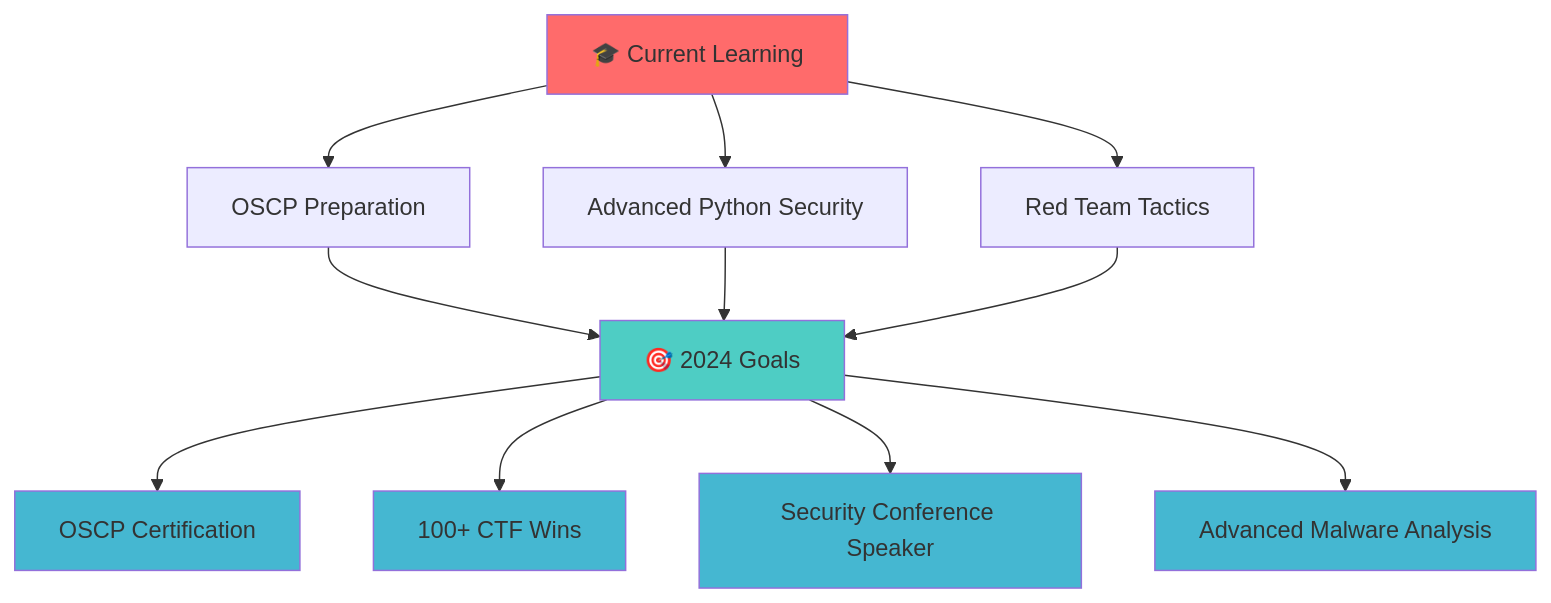
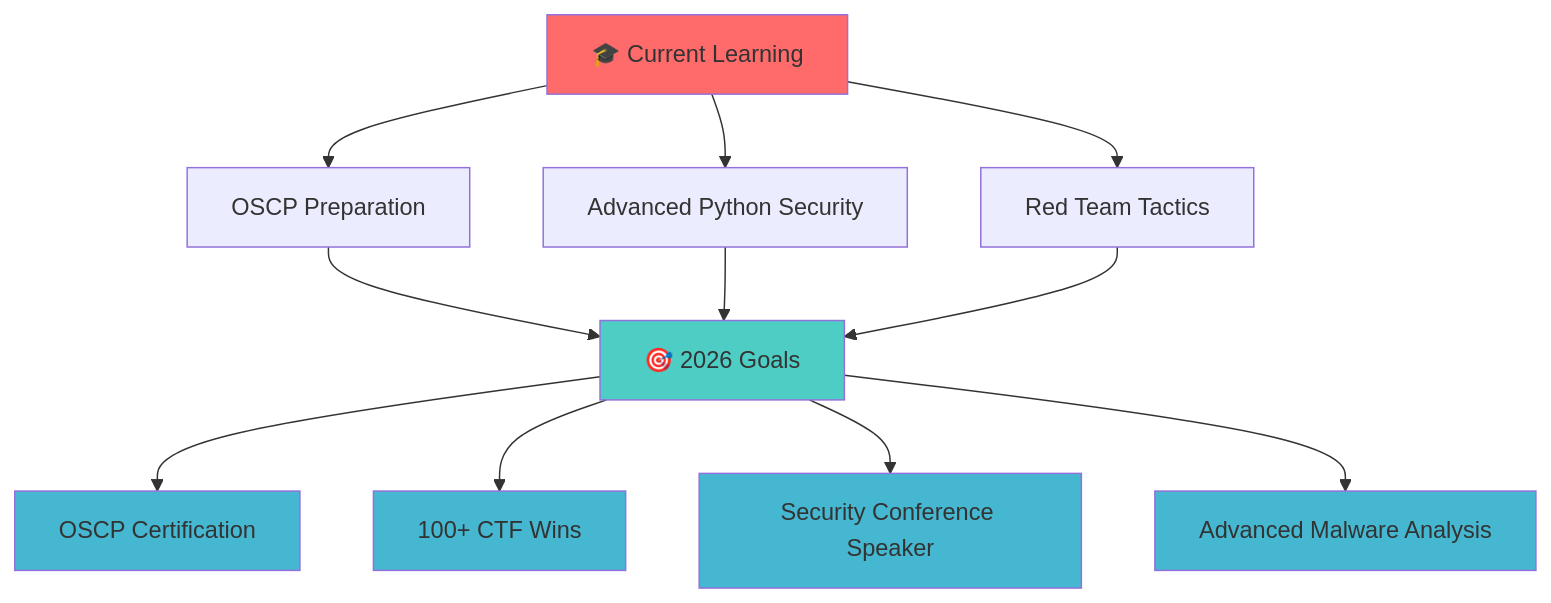
One commit to irfan-sec/irfan-sec changed the diagram in README.md. Above: the diagram before and after it, drawn with Mermaid. The commit also changed other lines of this file, not shown here.

First line of the commit message:
Change OSCP and other certification goals to 2026

````diff
--- a/README.md
+++ b/README.md
@@ -203,22 +203,22 @@
 ```mermaid
 graph TD
     A[🎓 Current Learning] --> B[OSCP Preparation]
     A --> C[Advanced Python Security]
     A --> D[Red Team Tactics]
     
-    B --> E[🎯 2024 Goals]
+    B --> E[🎯 2026 Goals]
     C --> E
     D --> E
     
     E --> F[OSCP Certification]
     E --> G[100+ CTF Wins]
     E --> H[Security Conference Speaker]
     E --> I[Advanced Malware Analysis]
     
     style A fill:#ff6b6b
     style E fill:#4ecdc4
     style F fill:#45b7d1
     style G fill:#45b7d1
     style H fill:#45b7d1
     style I fill:#45b7d1
 ```
````
